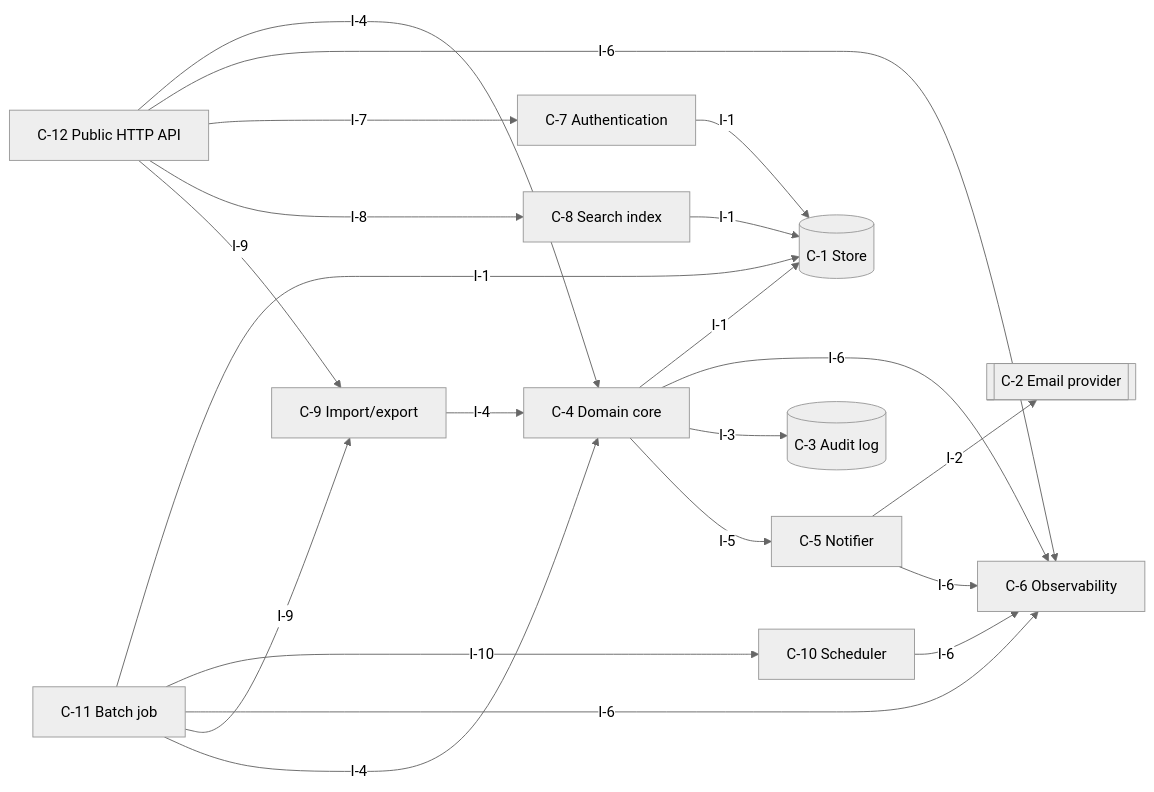
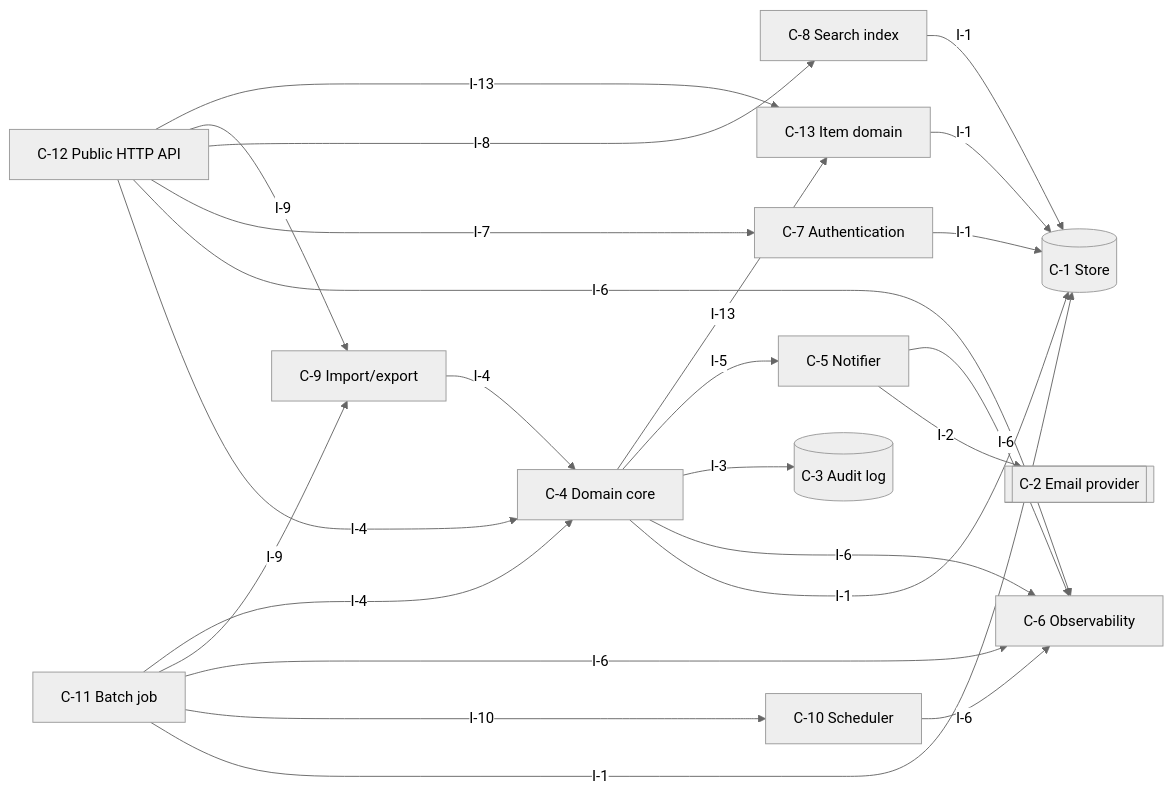
One commit to yui9696/sekkei changed the first of 4 diagrams in examples/ja/zaiko.DESIGN.md. Above: the diagram before and after it, drawn with Mermaid (neutral theme). The commit also changed other lines of this file and 39 other files, not shown here.

````diff
--- a/examples/ja/zaiko.DESIGN.md
+++ b/examples/ja/zaiko.DESIGN.md
@@ -50,35 +50,39 @@
 ```mermaid
 graph LR
   C_1[("C-1 Store")]
   C_2[["C-2 Email provider"]]
   C_3[("C-3 Audit log")]
   C_4["C-4 Domain core"]
   C_5["C-5 Notifier"]
   C_6["C-6 Observability"]
   C_7["C-7 Authentication"]
   C_8["C-8 Search index"]
   C_9["C-9 Import/export"]
   C_10["C-10 Scheduler"]
   C_11["C-11 Batch job"]
   C_12["C-12 Public HTTP API"]
+  C_13["C-13 Item domain"]
   C_4 -->|I-1| C_1
   C_4 -->|I-6| C_6
   C_4 -->|I-3| C_3
   C_4 -->|I-5| C_5
+  C_4 -->|I-13| C_13
   C_5 -->|I-2| C_2
   C_5 -->|I-6| C_6
   C_7 -->|I-1| C_1
   C_8 -->|I-1| C_1
   C_9 -->|I-4| C_4
   C_10 -->|I-6| C_6
   C_11 -->|I-1| C_1
   C_11 -->|I-10| C_10
   C_11 -->|I-6| C_6
   C_11 -->|I-9| C_9
   C_11 -->|I-4| C_4
   C_12 -->|I-4| C_4
   C_12 -->|I-6| C_6
   C_12 -->|I-7| C_7
   C_12 -->|I-8| C_8
   C_12 -->|I-9| C_9
+  C_12 -->|I-13| C_13
+  C_13 -->|I-1| C_1
 ```
````
